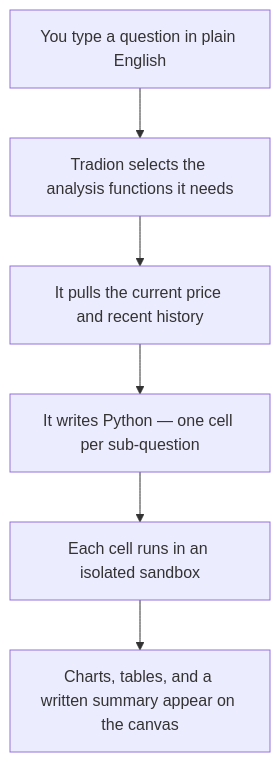
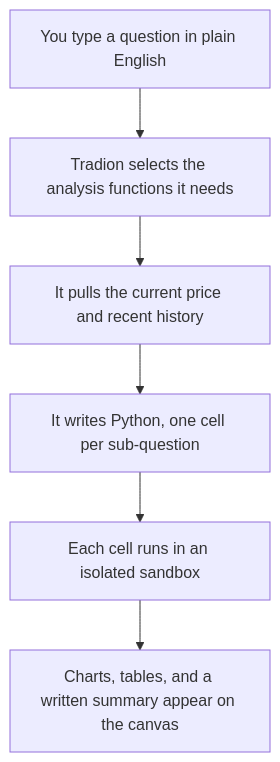
Before and after one commit to ishraq21/tradion-doc-site: the diagram in research/quant-research.mdx, drawn with Mermaid. The commit also changed other lines of this file and 58 other files, not shown here.

````diff
--- a/research/quant-research.mdx
+++ b/research/quant-research.mdx
@@ -49,8 +49,8 @@
 ```mermaid
 flowchart TD
     A["You type a question in plain English"] --> B["Tradion selects the analysis functions it needs"]
     B --> C["It pulls the current price and recent history"]
-    C --> D["It writes Python — one cell per sub-question"]
+    C --> D["It writes Python, one cell per sub-question"]
     D --> E["Each cell runs in an isolated sandbox"]
     E --> F["Charts, tables, and a written summary appear on the canvas"]
 ```
````
